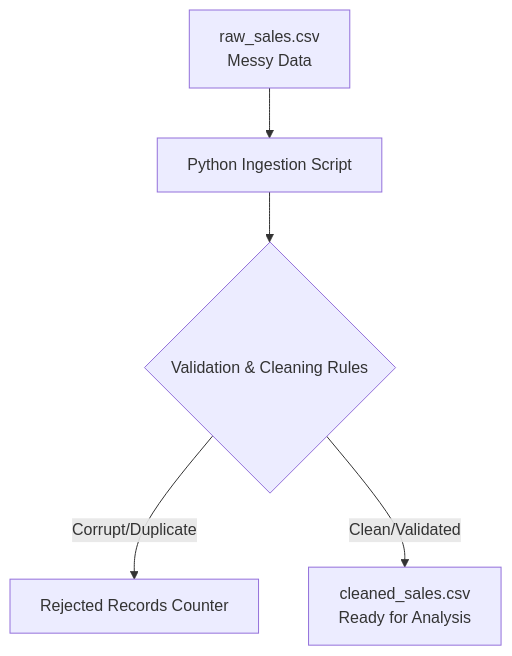
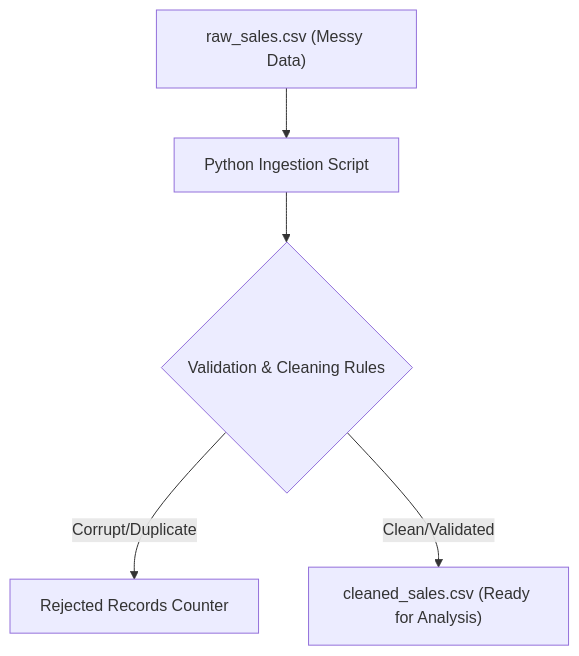
The diagram in content/projects/sales-ingestion-cleansing.md (arjun-sajeevan/arjunsajeevan.github.io), drawn with Mermaid before and after one commit. The commit also changed 55 other files, not shown here.

Commit message:
Fix mermaid graph syntax in sales-ingestion-cleansing

````diff
--- a/content/projects/sales-ingestion-cleansing.md
+++ b/content/projects/sales-ingestion-cleansing.md
@@ -31,7 +31,7 @@
 ```mermaid
 graph TD
-    A[raw_sales.csv <br/> Messy Data] --> B[Python Ingestion Script]
-    B --> C{Validation & Cleaning Rules}
-    C -->|Corrupt/Duplicate| D[Rejected Records Counter]
-    C -->|Clean/Validated| E[cleaned_sales.csv <br/> Ready for Analysis]
+    A["raw_sales.csv (Messy Data)"] --> B["Python Ingestion Script"]
+    B --> C{"Validation & Cleaning Rules"}
+    C -->|"Corrupt/Duplicate"| D["Rejected Records Counter"]
+    C -->|"Clean/Validated"| E["cleaned_sales.csv (Ready for Analysis)"]
 ```
````
